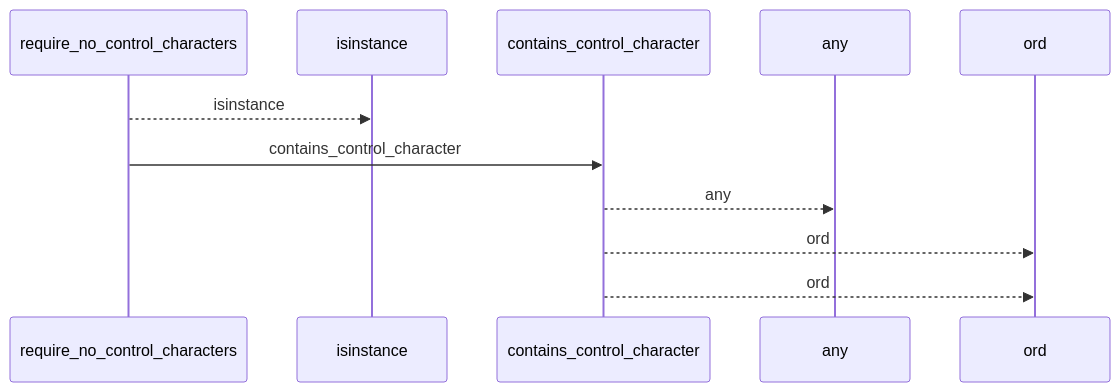
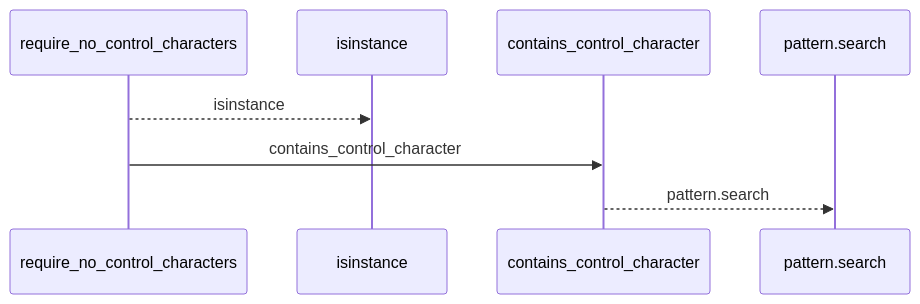
The first of 2 diagrams in docs/llm_wiki/flows/api-require_no_control_characters.md (Denissvgn/python-wiki-llm), drawn with Mermaid before and after one commit. The commit also changed other lines of this file and 865 other files, not shown here.

````diff
--- a/docs/llm_wiki/flows/api-require_no_control_characters.md
+++ b/docs/llm_wiki/flows/api-require_no_control_characters.md
@@ -10,13 +10,10 @@
 ```mermaid
 sequenceDiagram
     participant p0 as require_no_control_characters
     participant p1 as isinstance
     participant p2 as contains_control_character
-    participant p3 as any
-    participant p4 as ord
+    participant p3 as pattern.search
     p0-->>p1: isinstance
     p0->>p2: contains_control_character
-    p2-->>p3: any
-    p2-->>p4: ord
-    p2-->>p4: ord
+    p2-->>p3: pattern.search
 ```
````
